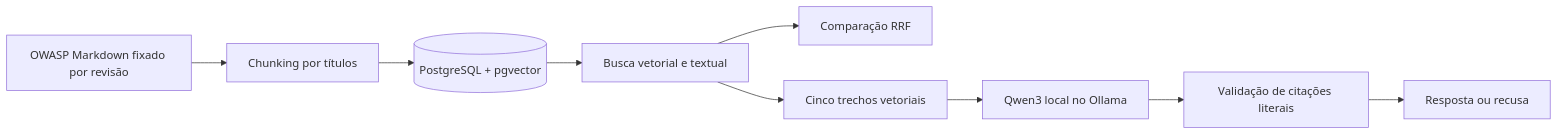
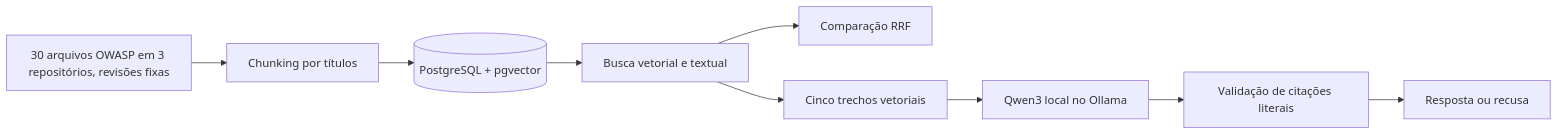
One commit to munhoz-iago/secdocs-rag changed the diagram in README.md. Above: the diagram before and after it, drawn with Mermaid. The commit also changed other lines of this file and 30 other files, not shown here.

````diff
--- a/README.md
+++ b/README.md
@@ -68,11 +72,11 @@
 ```mermaid
 flowchart LR
-  A[OWASP Markdown fixado por revisão] --> B[Chunking por títulos]
+  A[30 arquivos OWASP em 3 repositórios, revisões fixas] --> B[Chunking por títulos]
   B --> C[(PostgreSQL + pgvector)]
   C --> D[Busca vetorial e textual]
   D --> E[Comparação RRF]
   D --> F[Cinco trechos vetoriais]
   F --> G[Qwen3 local no Ollama]
   G --> H[Validação de citações literais]
   H --> I[Resposta ou recusa]
 ```
````
